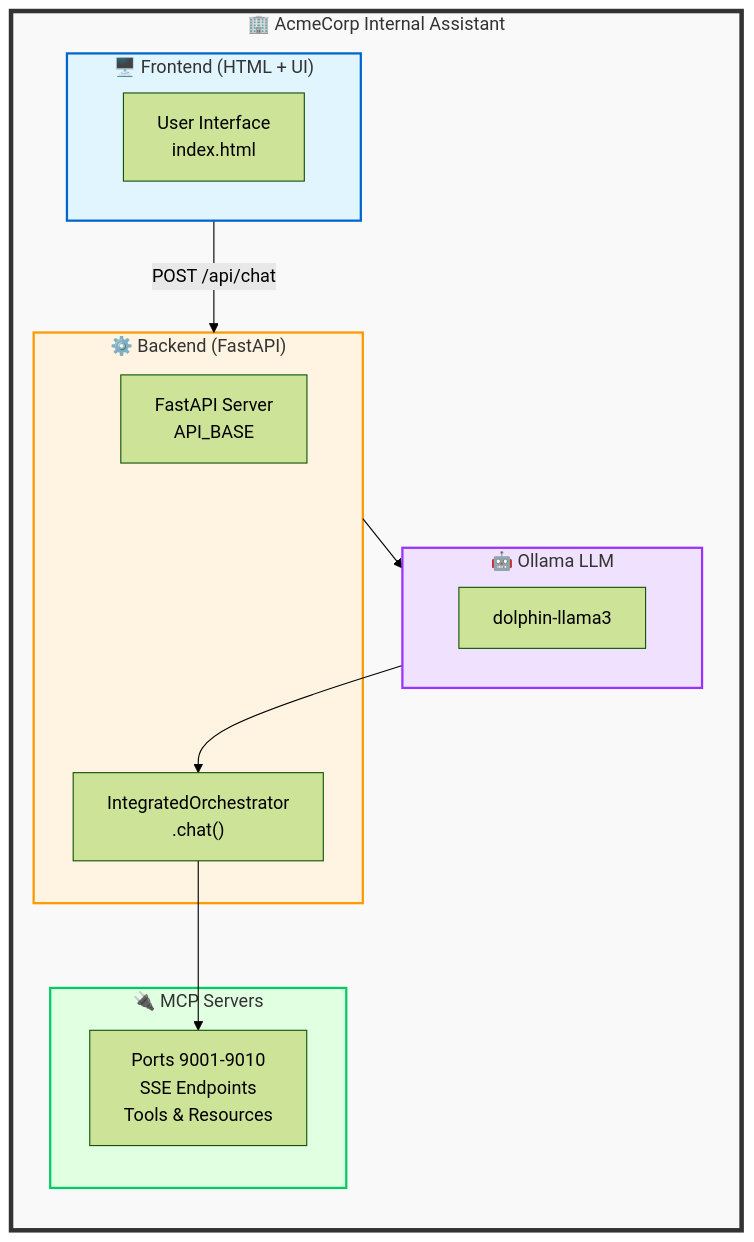
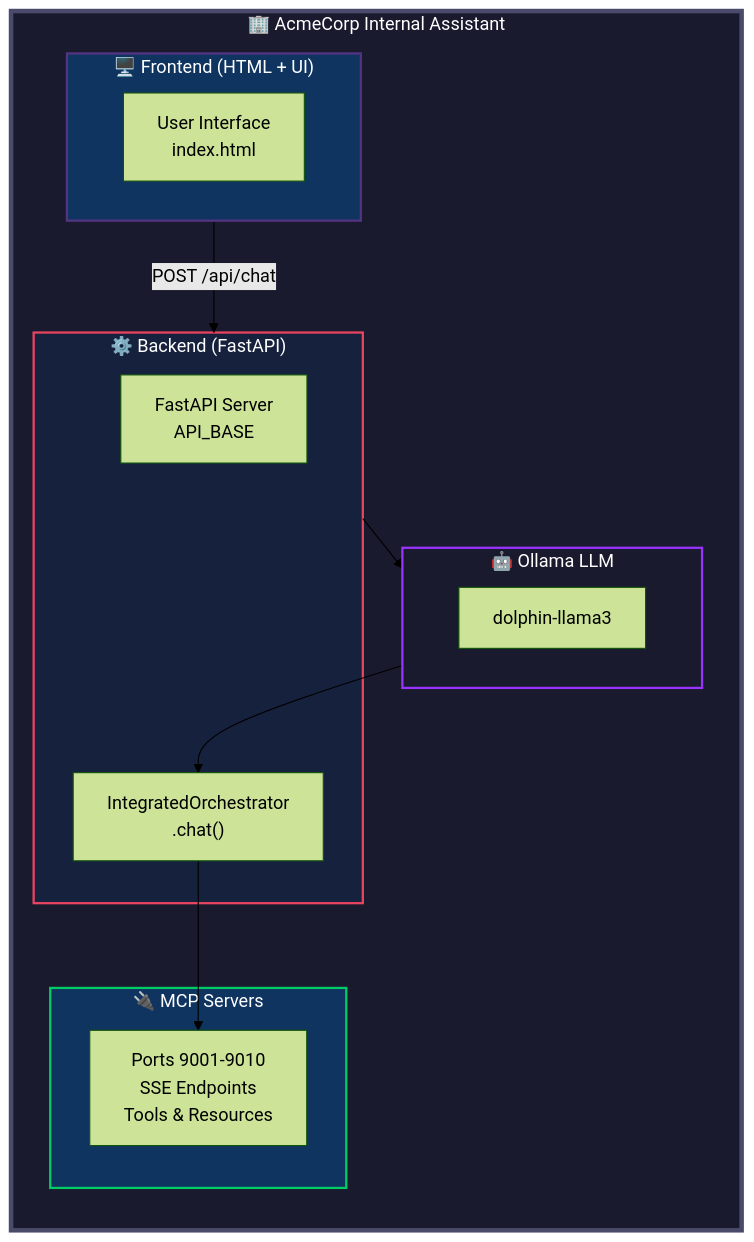
The first of 2 diagrams in README.md (chandutharun/acmecorp), drawn with Mermaid (forest theme) before and after one commit. The commit also changed other lines of this file, not shown here.

````diff
--- a/README.md
+++ b/README.md
@@ -128,34 +128,34 @@
 ```mermaid
 flowchart TD
     subgraph AcmeCorp["🏢 AcmeCorp Internal Assistant"]
         direction TB
         
         subgraph Frontend["🖥️ Frontend (HTML + UI)"]
             A["User Interface<br/>index.html"]
         end
         
         subgraph Backend["⚙️ Backend (FastAPI)"]
             B["FastAPI Server<br/>API_BASE"]
             C["IntegratedOrchestrator<br/>.chat()"]
         end
         
         subgraph LLM["🤖 Ollama LLM"]
             D["dolphin-llama3"]
         end
         
         subgraph MCP["🔌 MCP Servers"]
             E["Ports 9001-9010<br/>SSE Endpoints<br/>Tools & Resources"]
         end
         
         Frontend -->|"POST /api/chat"| Backend
         Backend --> LLM
         LLM --> C
         C --> E
     end
     
-    style AcmeCorp fill:#f9f9f9,stroke:#333,stroke-width:4px
-    style Frontend fill:#e1f5ff,stroke:#0066cc,stroke-width:2px
-    style Backend fill:#fff4e1,stroke:#ff9900,stroke-width:2px
-    style LLM fill:#f0e1ff,stroke:#9933ff,stroke-width:2px
-    style MCP fill:#e1ffe1,stroke:#00cc66,stroke-width:2px
+    style AcmeCorp fill:#1a1a2e,stroke:#4a4a6a,stroke-width:4px,color:#ffffff
+    style Frontend fill:#0f3460,stroke:#533483,stroke-width:2px,color:#ffffff
+    style Backend fill:#16213e,stroke:#e94560,stroke-width:2px,color:#ffffff
+    style LLM fill:#1a1a2e,stroke:#9933ff,stroke-width:2px,color:#ffffff
+    style MCP fill:#0f3460,stroke:#00cc66,stroke-width:2px,color:#ffffff
 ```
````
